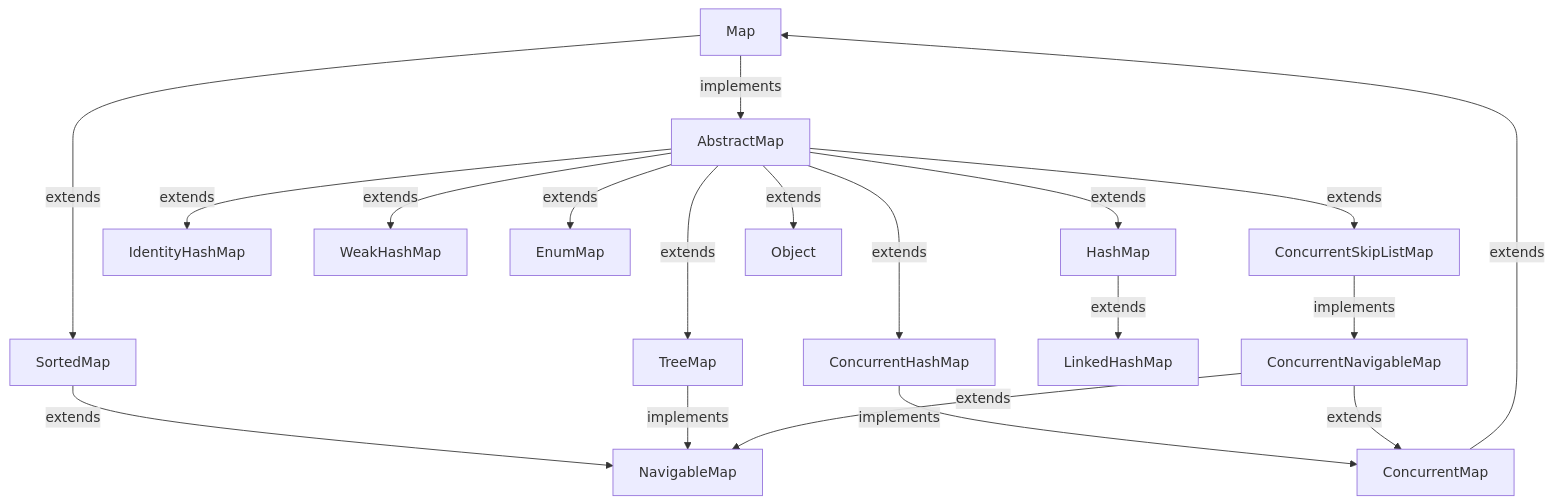
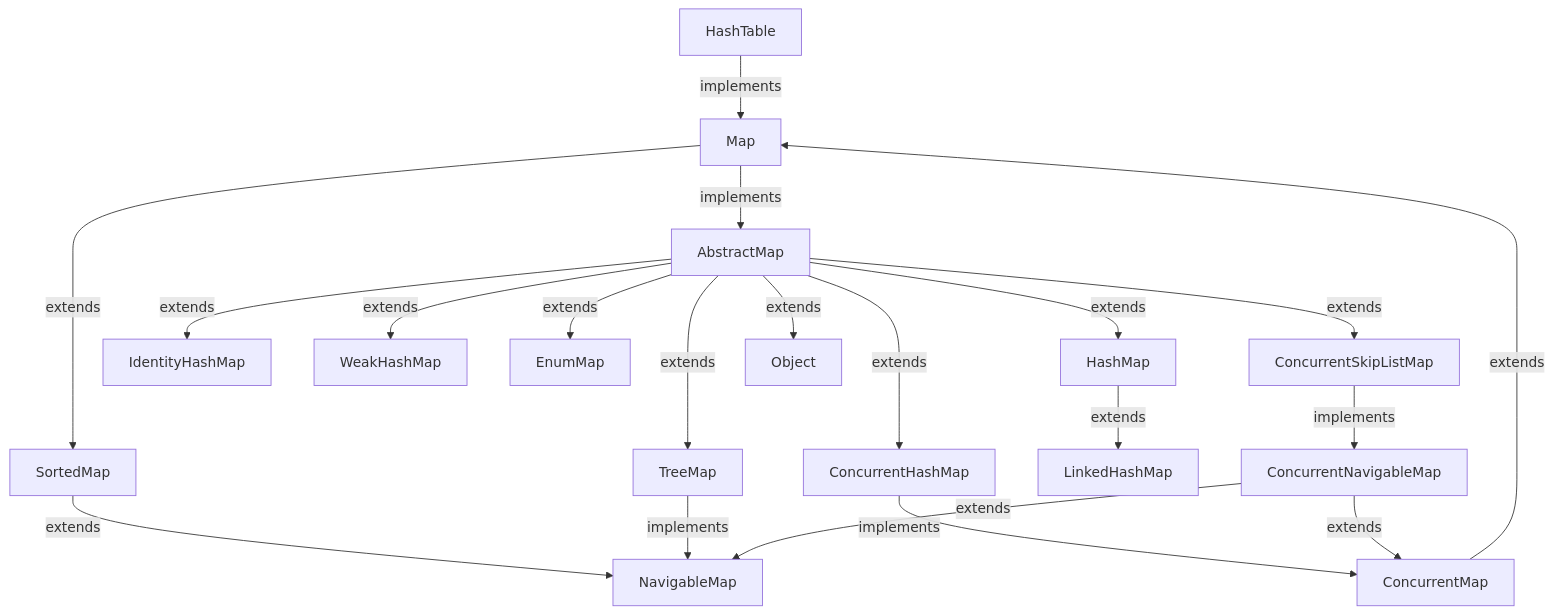
One commit to AvinandanBose/Java-Collections-Map changed the third of 14 diagrams in README.md. Above: the diagram before and after it, drawn with Mermaid.

````diff
--- a/README.md
+++ b/README.md
@@ -1017,22 +1017,23 @@
 ```mermaid
  
  graph TD;
     Map-->|implements| AbstractMap;
     AbstractMap-->|extends| HashMap;
     AbstractMap-->|extends| IdentityHashMap;
     AbstractMap-->|extends| WeakHashMap;
     AbstractMap-->|extends| TreeMap;
     AbstractMap-->|extends| EnumMap;
     AbstractMap-->|extends| ConcurrentHashMap;
     AbstractMap-->|extends| ConcurrentSkipListMap;
     AbstractMap-->|extends| Object;
     ConcurrentHashMap-->|implements| ConcurrentMap;
     ConcurrentSkipListMap-->|implements| ConcurrentNavigableMap;
     HashMap-->|extends| LinkedHashMap; 
     ConcurrentMap-->|extends| Map;
     Map-->|extends| SortedMap;
     SortedMap-->|extends| NavigableMap;
     TreeMap-->|implements| NavigableMap;
     ConcurrentNavigableMap-->|extends| ConcurrentMap;
     ConcurrentNavigableMap-->|extends| NavigableMap;
+    HashTable-->|implements|Map
  ```
````
